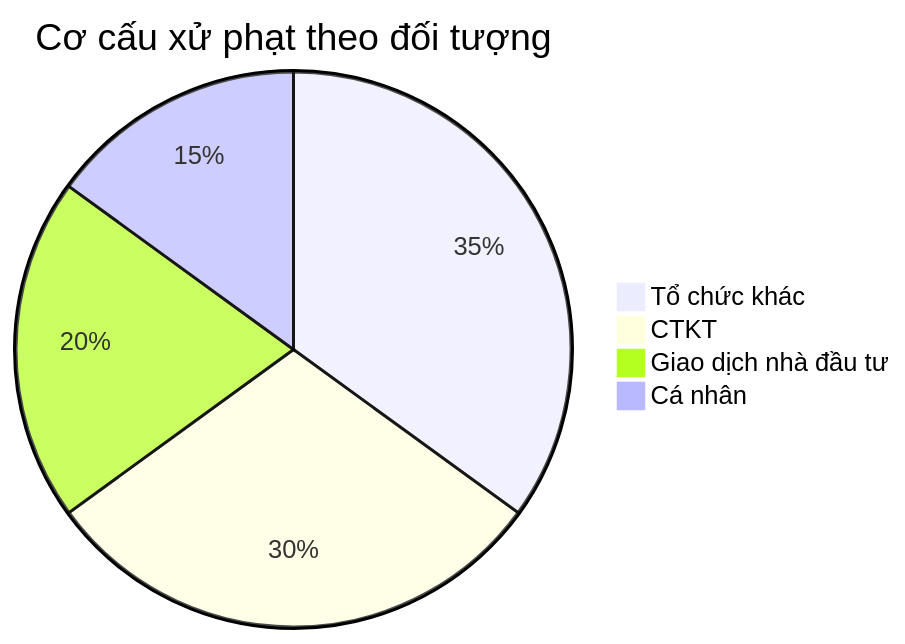
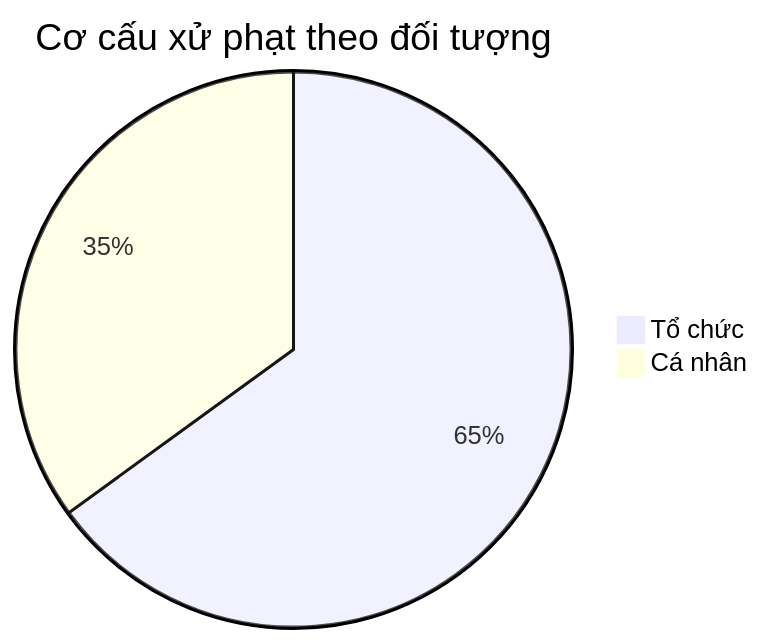
Before and after one commit to linhlvit/ubck_atomic_design: diagram 34 of 43 in Datamart/hld/DTM_TT_HLD.md, drawn with Mermaid. The commit also changed other lines of this file and 9 other files, not shown here.

````diff
--- a/Datamart/hld/DTM_TT_HLD.md
+++ b/Datamart/hld/DTM_TT_HLD.md
@@ -871,7 +1319,5 @@
 ```mermaid
 pie title Cơ cấu xử phạt theo đối tượng
-    "Tổ chức khác" : 35
-    "CTKT" : 30
-    "Giao dịch nhà đầu tư" : 20
-    "Cá nhân" : 15
+    "Tổ chức" : 65
+    "Cá nhân" : 35
 ```
````
